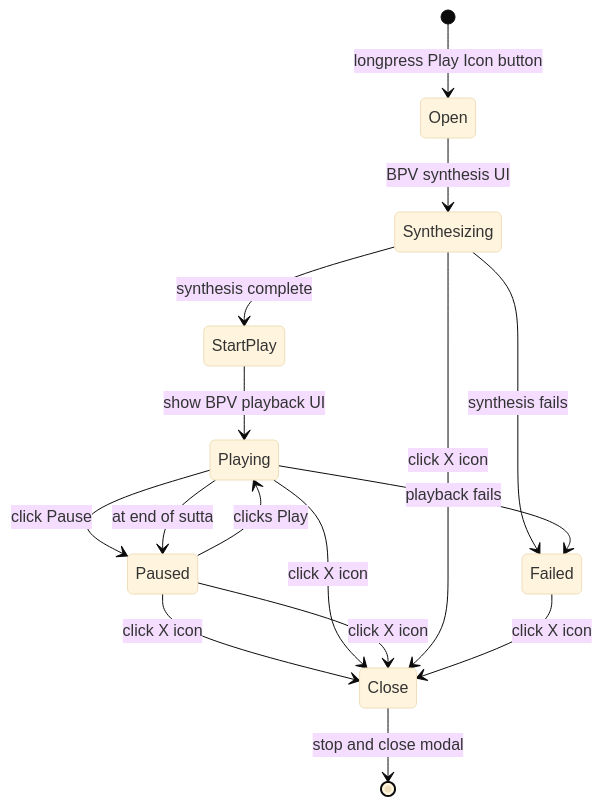
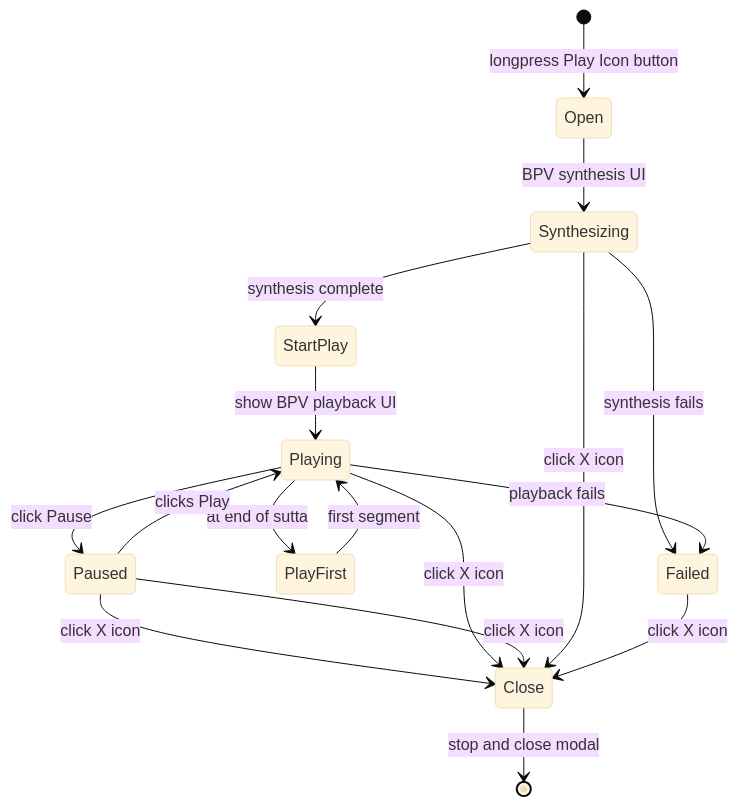
Before and after one commit to sc-voice/scv-app: the diagram in doc/BackgroundPlayerView.md, drawn with Mermaid (base theme).

Commit message:
BackgroundPlayerView

````diff
--- a/doc/BackgroundPlayerView.md
+++ b/doc/BackgroundPlayerView.md
@@ -26,22 +26,24 @@
 ```mermaid
 stateDiagram-v2
     [*] --> Open: longpress Play Icon button
 
     Open --> Synthesizing: BPV synthesis UI
     Synthesizing --> StartPlay: synthesis complete
     StartPlay --> Playing: show BPV playback UI 
     Playing --> Paused: click Pause
-    Playing --> Paused: at end of sutta
+    Playing --> PlayFirst: at end of sutta
     Paused --> Playing: clicks Play
+
+    PlayFirst --> Playing: first segment
 
     Paused --> Close: click X icon
     Playing --> Close: click X icon
     Paused --> Close: click X icon
     Synthesizing --> Close: click X icon
 
     Synthesizing --> Failed: synthesis fails
     Playing --> Failed: playback fails
     Failed --> Close: click X icon
 
     Close --> [*]: stop and close modal 
 ```
````
